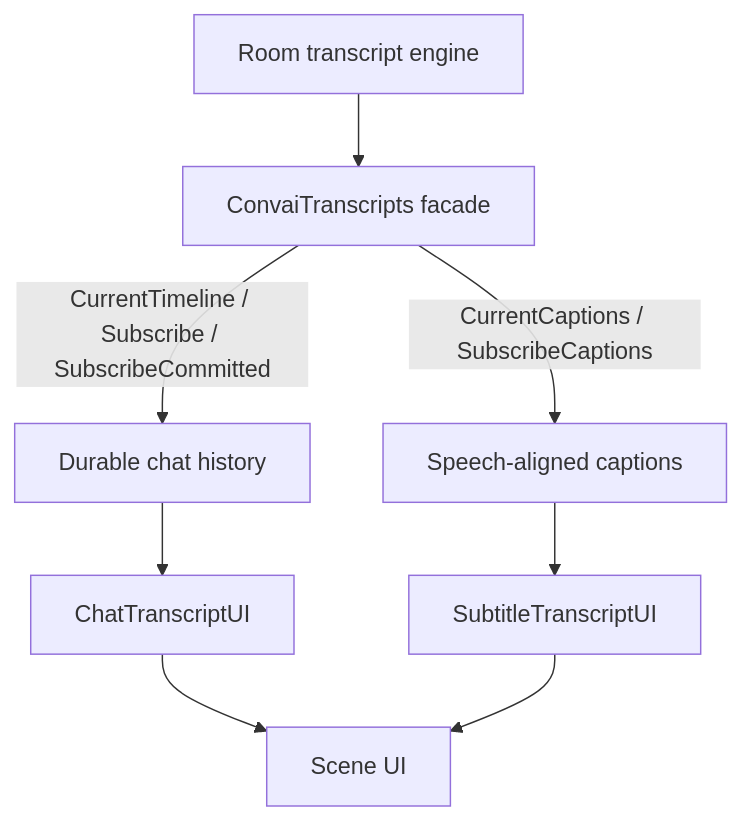
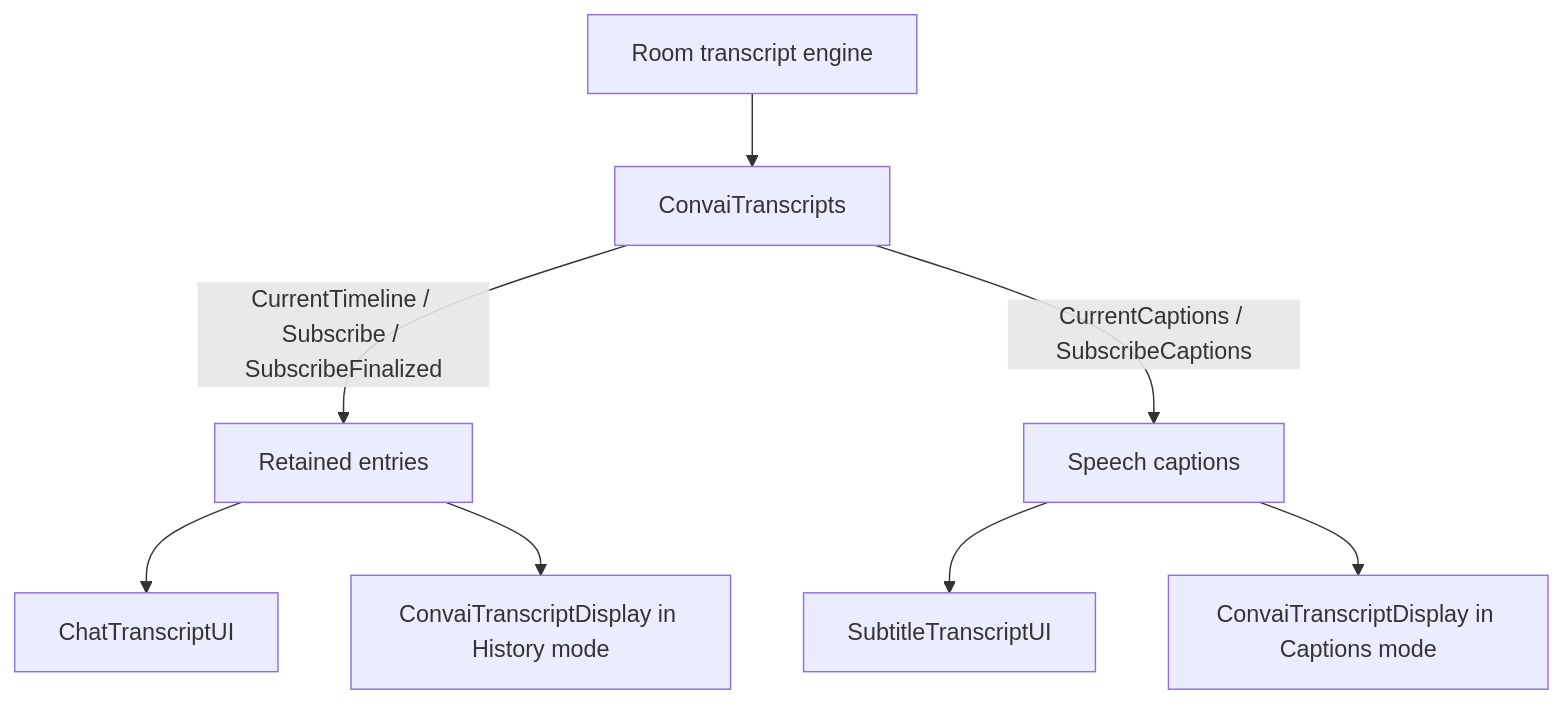
Before and after one commit to Conv-AI/Convai-Documentation: the diagram in plugins-and-integrations/convai-unity-sdk/ui-and-presentation/transcript-ui/README.md, drawn with Mermaid. The commit also changed other lines of this file and 17 other files, not shown here.

````diff
--- a/plugins-and-integrations/convai-unity-sdk/ui-and-presentation/transcript-ui/README.md
+++ b/plugins-and-integrations/convai-unity-sdk/ui-and-presentation/transcript-ui/README.md
@@ -15,10 +13,10 @@
 ```mermaid
 graph TD
-    A[Room transcript engine] --> B[ConvaiTranscripts facade]
-    B -->|CurrentTimeline / Subscribe / SubscribeCommitted| C[Durable chat history]
-    B -->|CurrentCaptions / SubscribeCaptions| D[Speech-aligned captions]
+    A[Room transcript engine] --> B[ConvaiTranscripts]
+    B -->|CurrentTimeline / Subscribe / SubscribeFinalized| C[Retained entries]
+    B -->|CurrentCaptions / SubscribeCaptions| D[Speech captions]
     C --> E[ChatTranscriptUI]
     D --> F[SubtitleTranscriptUI]
-    E --> G[Scene UI]
-    F --> G[Scene UI]
+    C --> G[ConvaiTranscriptDisplay in History mode]
+    D --> H[ConvaiTranscriptDisplay in Captions mode]
 ```
````
